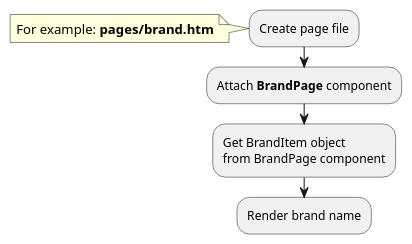
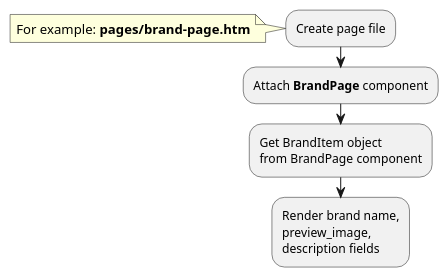
Before and after one commit to oc-shopaholic/oc-shopaholic-docs: the first of 4 diagrams in modules/brand/examples.md, drawn with PlantUML. The commit also changed other lines of this file and 16 other files, not shown here.

````diff
--- a/modules/brand/examples.md
+++ b/modules/brand/examples.md
@@ -22,12 +22,14 @@
 ```plantuml
 @startuml
 :Create page file;
 note left
-    For example: **pages/brand.htm**
+    For example: **pages/brand-page.htm**
 end note
 :Attach **BrandPage** component;
 :Get BrandItem object
 from BrandPage component;
-:Render brand name;
+:Render brand name,
+preview_image,
+description fields;
 @enduml
 ```
````
